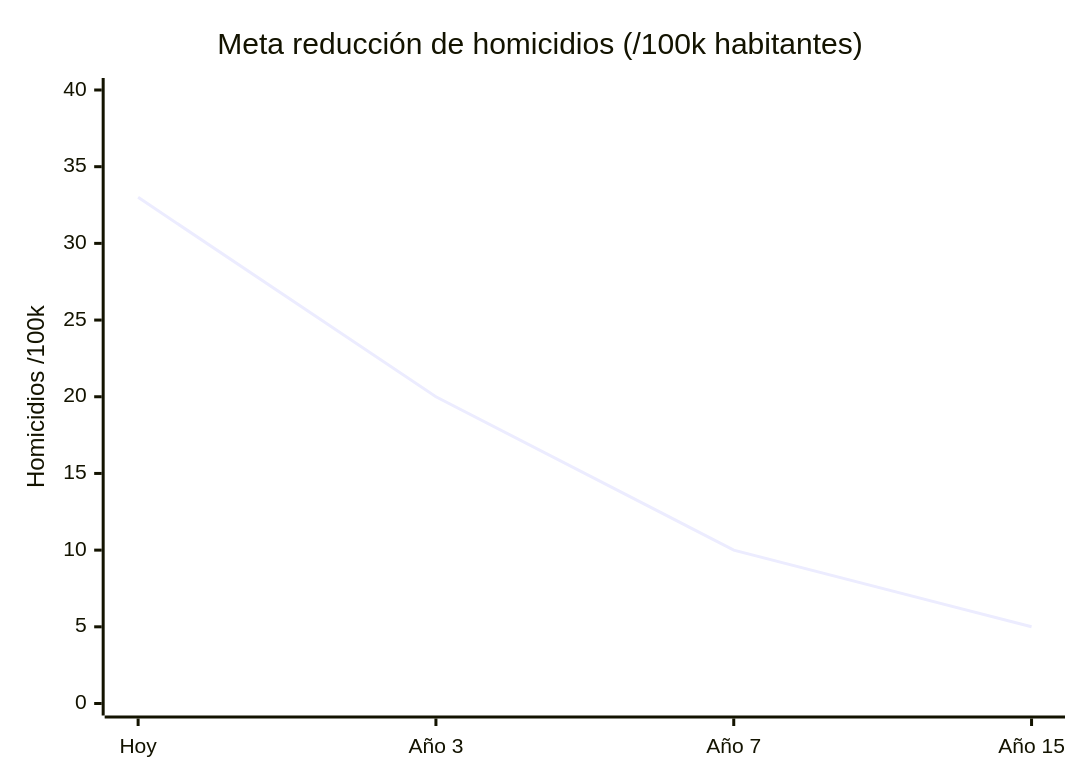
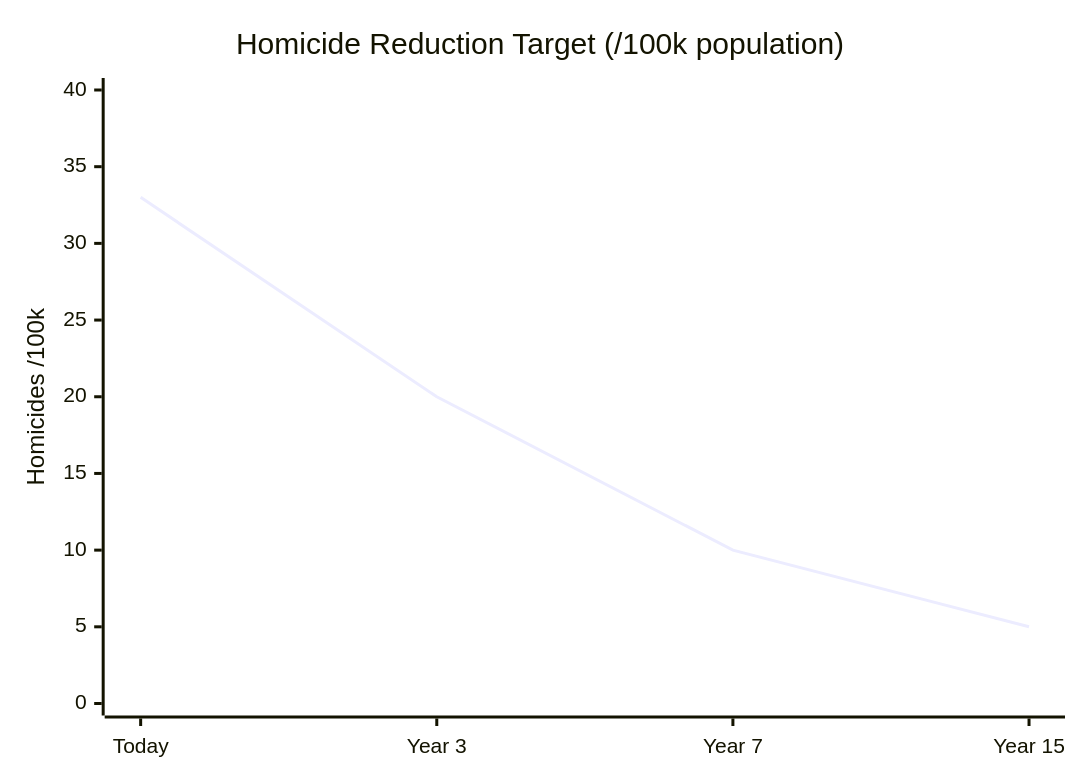
Before and after one commit to Venezuela-S-A/venezuela-sa: the second of 4 diagrams in i18n/en/docusaurus-plugin-content-docs/current/04-gobernanza/seguridad-fisica.md, drawn with Mermaid. The commit also changed other lines of this file and 127 other files, not shown here.

````diff
--- a/i18n/en/docusaurus-plugin-content-docs/current/04-gobernanza/seguridad-fisica.md
+++ b/i18n/en/docusaurus-plugin-content-docs/current/04-gobernanza/seguridad-fisica.md
@@ -76,7 +76,7 @@
 ```mermaid
 xychart-beta
-    title "Meta reducción de homicidios (/100k habitantes)"
-    x-axis ["Hoy", "Año 3", "Año 7", "Año 15"]
-    y-axis "Homicidios /100k" 0 --> 40
+    title "Homicide Reduction Target (/100k population)"
+    x-axis ["Today", "Year 3", "Year 7", "Year 15"]
+    y-axis "Homicides /100k" 0 --> 40
     line [33, 20, 10, 5]
 ```
````
